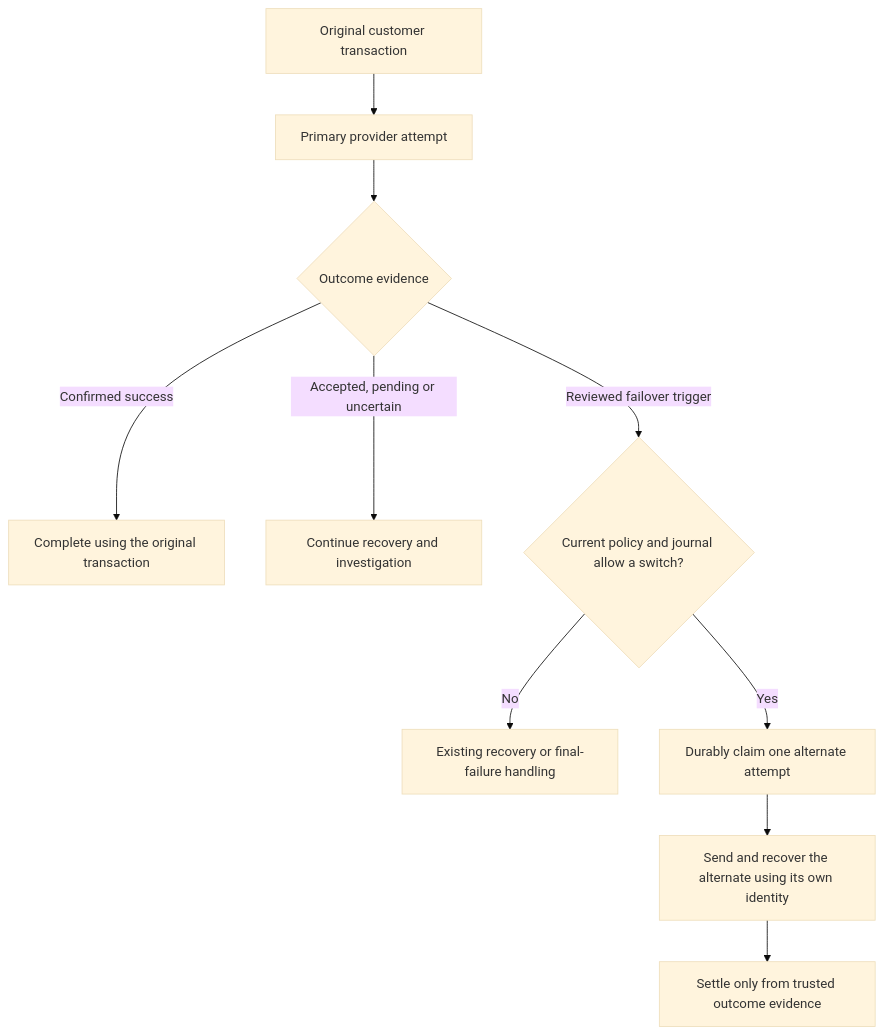
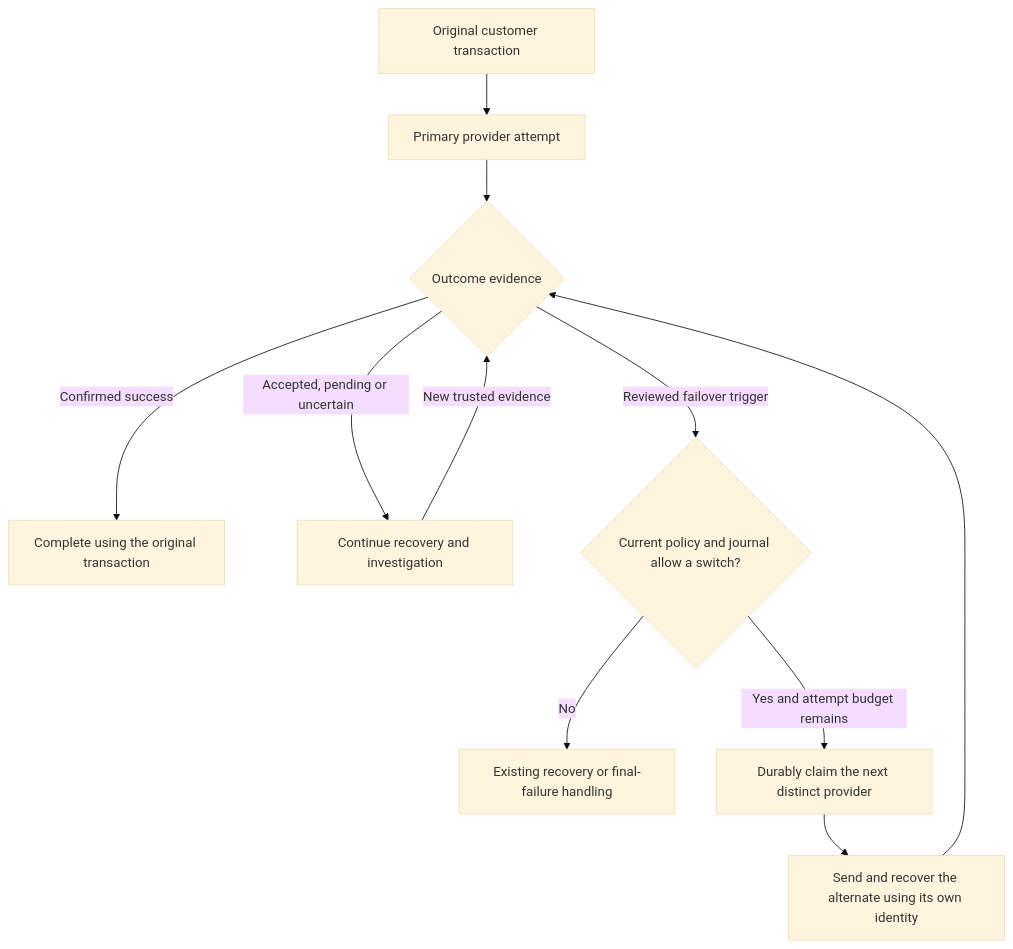
The diagram in docs/provider-failover-guide.md (EngineerELdorado/fondeka-admin), drawn with Mermaid (base theme) before and after one commit. The commit also changed other lines of this file and 14 other files, not shown here.

````diff
--- a/docs/provider-failover-guide.md
+++ b/docs/provider-failover-guide.md
@@ -22,12 +22,13 @@
 ```mermaid
 flowchart TD
     A[Original customer transaction] --> B[Primary provider attempt]
     B --> C{Outcome evidence}
     C -->|Confirmed success| D[Complete using the original transaction]
     C -->|Accepted, pending or uncertain| E[Continue recovery and investigation]
+    E -->|New trusted evidence| C
     C -->|Reviewed failover trigger| F{Current policy and journal allow a switch?}
     F -->|No| G[Existing recovery or final-failure handling]
-    F -->|Yes| H[Durably claim one alternate attempt]
+    F -->|Yes and attempt budget remains| H[Durably claim the next distinct provider]
     H --> I[Send and recover the alternate using its own identity]
-    I --> J[Settle only from trusted outcome evidence]
+    I --> C
 ```
````
